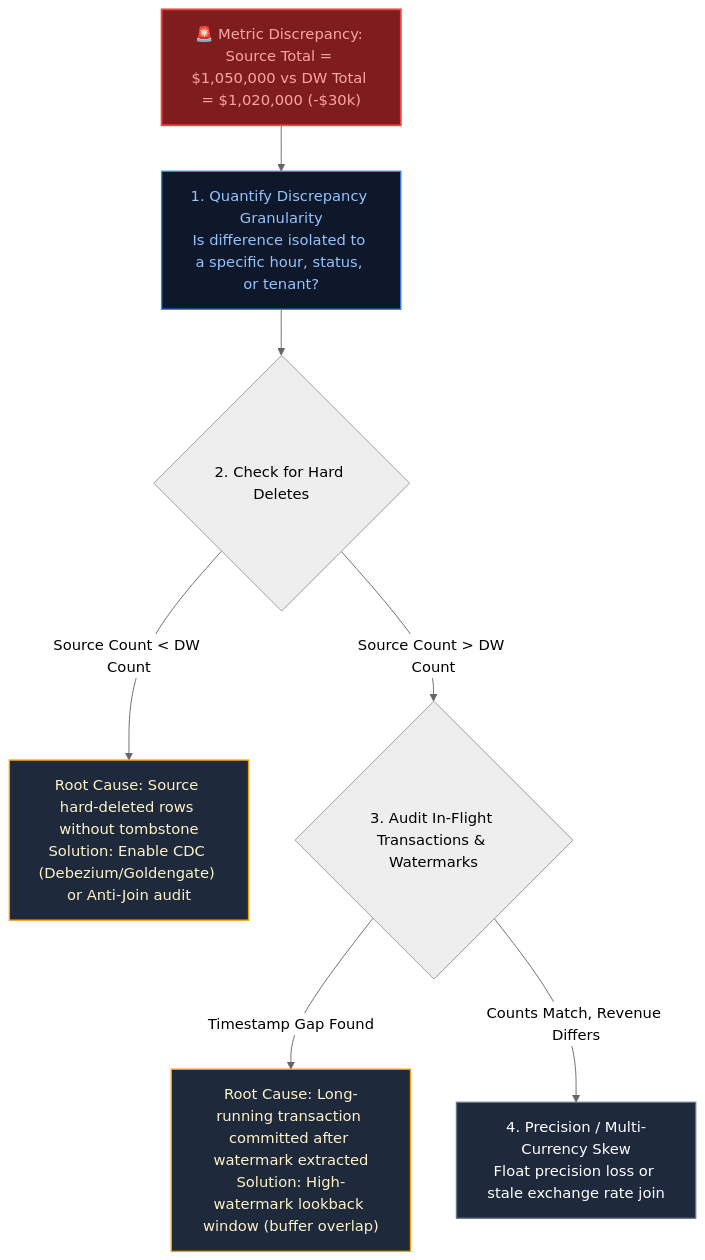
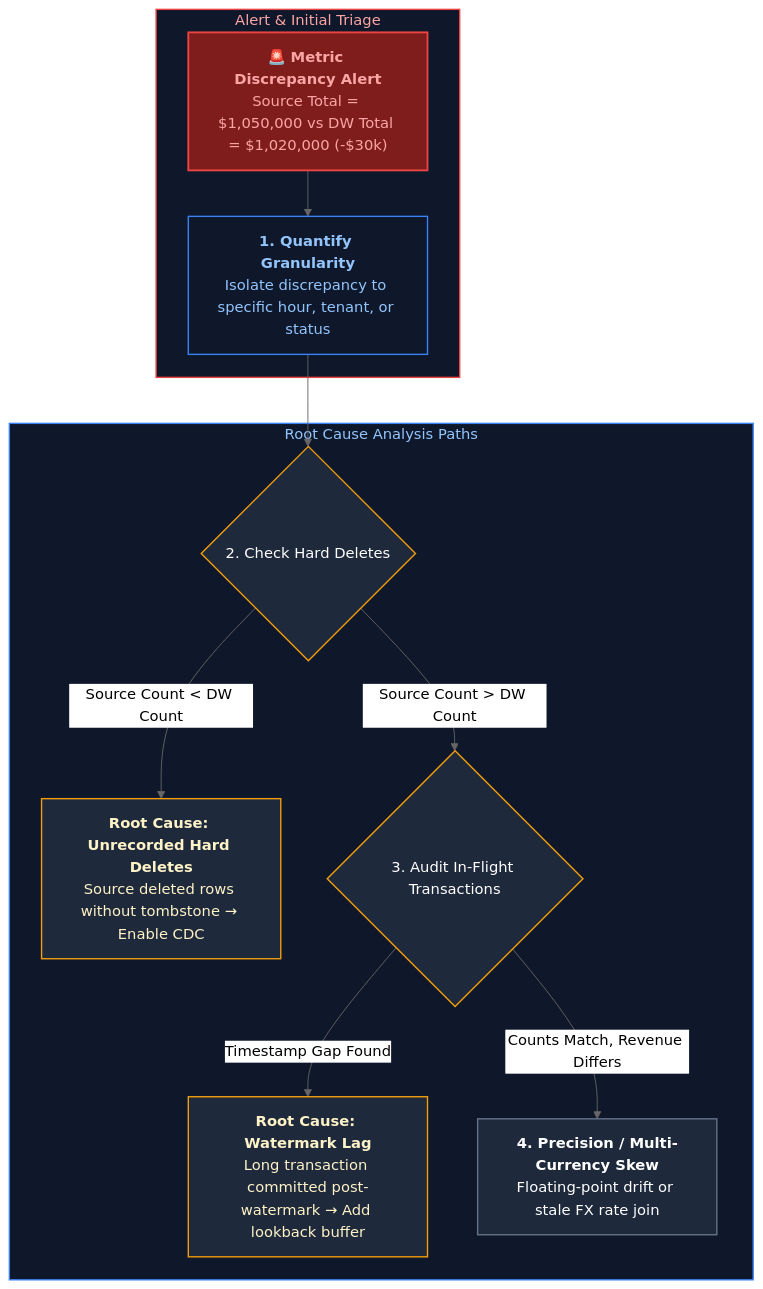
Diagram 20 of 20 in Data Engineering/frequently_asked_questions/03_data_modeling_and_warehousing_faq.md (joydeep-biswas/Interview-Preparation), drawn with Mermaid (neutral theme) before and after one commit. The commit also changed other lines of this file and 178 other files, not shown here.

````diff
--- a/Data Engineering/frequently_asked_questions/03_data_modeling_and_warehousing_faq.md
+++ b/Data Engineering/frequently_asked_questions/03_data_modeling_and_warehousing_faq.md
@@ -1816,15 +1832,29 @@
 ```mermaid
 flowchart TD
-    Alert["🚨 Metric Discrepancy: Source Total = $1,050,000 vs DW Total = $1,020,000 (-$30k)"] --> Step1["1. Quantify Discrepancy Granularity<br/>Is difference isolated to a specific hour, status, or tenant?"]
-    Step1 --> Step2{"2. Check for Hard Deletes"}
-    Step2 -- "Source Count < DW Count" --> HardDelete["Root Cause: Source hard-deleted rows without tombstone<br/>Solution: Enable CDC (Debezium/Goldengate) or Anti-Join audit"]
-    Step2 -- "Source Count > DW Count" --> Step3{"3. Audit In-Flight Transactions & Watermarks"}
-    Step3 -- "Timestamp Gap Found" --> WatermarkLag["Root Cause: Long-running transaction committed after watermark extracted<br/>Solution: High-watermark lookback window (buffer overlap)"]
-    Step3 -- "Counts Match, Revenue Differs" --> Step4["4. Precision / Multi-Currency Skew<br/>Float precision loss or stale exchange rate join"]
+    subgraph DiscrepancyAlert ["Alert & Initial Triage"]
+        Alert["🚨 <b>Metric Discrepancy Alert</b><br/>Source Total = $1,050,000 vs DW Total = $1,020,000 (-$30k)"] --> Step1["<b>1. Quantify Granularity</b><br/>Isolate discrepancy to specific hour, tenant, or status"]
+    end
 
+    subgraph InvestigationChecks ["Root Cause Analysis Paths"]
+        Step1 --> Step2{"2. Check Hard Deletes"}
+        HardDelete["<b>Root Cause: Unrecorded Hard Deletes</b><br/>Source deleted rows without tombstone &rarr; Enable CDC"]
+        Step2 -- "Source Count < DW Count" --> HardDelete
+
+        Step2 -- "Source Count > DW Count" --> Step3{"3. Audit In-Flight Transactions"}
+        WatermarkLag["<b>Root Cause: Watermark Lag</b><br/>Long transaction committed post-watermark &rarr; Add lookback buffer"]
+        Step3 -- "Timestamp Gap Found" --> WatermarkLag
+
+        Step4["<b>4. Precision / Multi-Currency Skew</b><br/>Floating-point drift or stale FX rate join"]
+        Step3 -- "Counts Match, Revenue Differs" --> Step4
+    end
+
+    style DiscrepancyAlert fill:#0f172a,stroke:#ef4444,stroke-width:1.5px,color:#fca5a5
+    style InvestigationChecks fill:#0f172a,stroke:#3b82f6,stroke-width:1.5px,color:#93c5fd
     style Alert fill:#7f1d1d,stroke:#ef4444,stroke-width:2px,color:#fca5a5
     style Step1 fill:#0f172a,stroke:#3b82f6,stroke-width:1.5px,color:#93c5fd
+    style Step2 fill:#1e293b,stroke:#f59e0b,stroke-width:1.5px,color:#fff
+    style Step3 fill:#1e293b,stroke:#f59e0b,stroke-width:1.5px,color:#fff
     style HardDelete fill:#1e293b,stroke:#f59e0b,stroke-width:1.5px,color:#fef3c7
     style WatermarkLag fill:#1e293b,stroke:#f59e0b,stroke-width:1.5px,color:#fef3c7
     style Step4 fill:#1e293b,stroke:#64748b,stroke-width:1.5px,color:#fff
 ```
````
